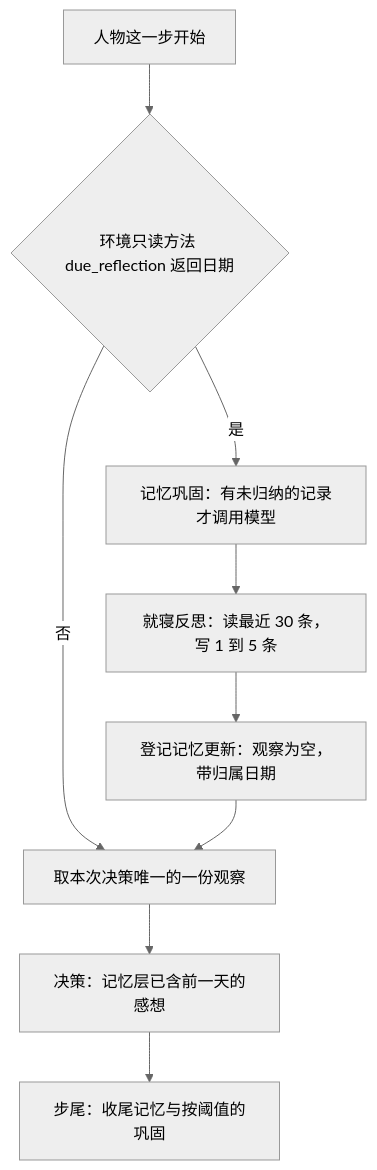
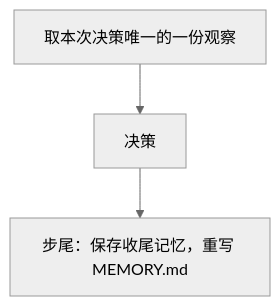
The second of 2 diagrams in docs/design/06-agent.md (HoldThatThgt/WorldMock), drawn with Mermaid (neutral theme) before and after one commit. The commit also changed other lines of this file and 189 other files, not shown here.

````diff
--- a/docs/design/06-agent.md
+++ b/docs/design/06-agent.md
@@ -327,11 +896,5 @@
 ```mermaid
 flowchart TD
-    Wake[人物这一步开始] --> Due{环境只读方法 due_reflection 返回日期}
-    Due -->|否| Observe[取本次决策唯一的一份观察]
-    Due -->|是| Consolidate[记忆巩固：有未归纳的记录才调用模型]
-    Consolidate --> Reflect[就寝反思：读最近 30 条，写 1 到 5 条]
-    Reflect --> Register[登记记忆更新：观察为空，带归属日期]
-    Register --> Observe
-    Observe --> Decide[决策：记忆层已含前一天的感想]
-    Decide --> Tail[步尾：收尾记忆与按阈值的巩固]
+    Observe[取本次决策唯一的一份观察] --> Decide[决策]
+    Decide --> Tail[步尾：保存收尾记忆，重写 MEMORY.md]
 ```
````
